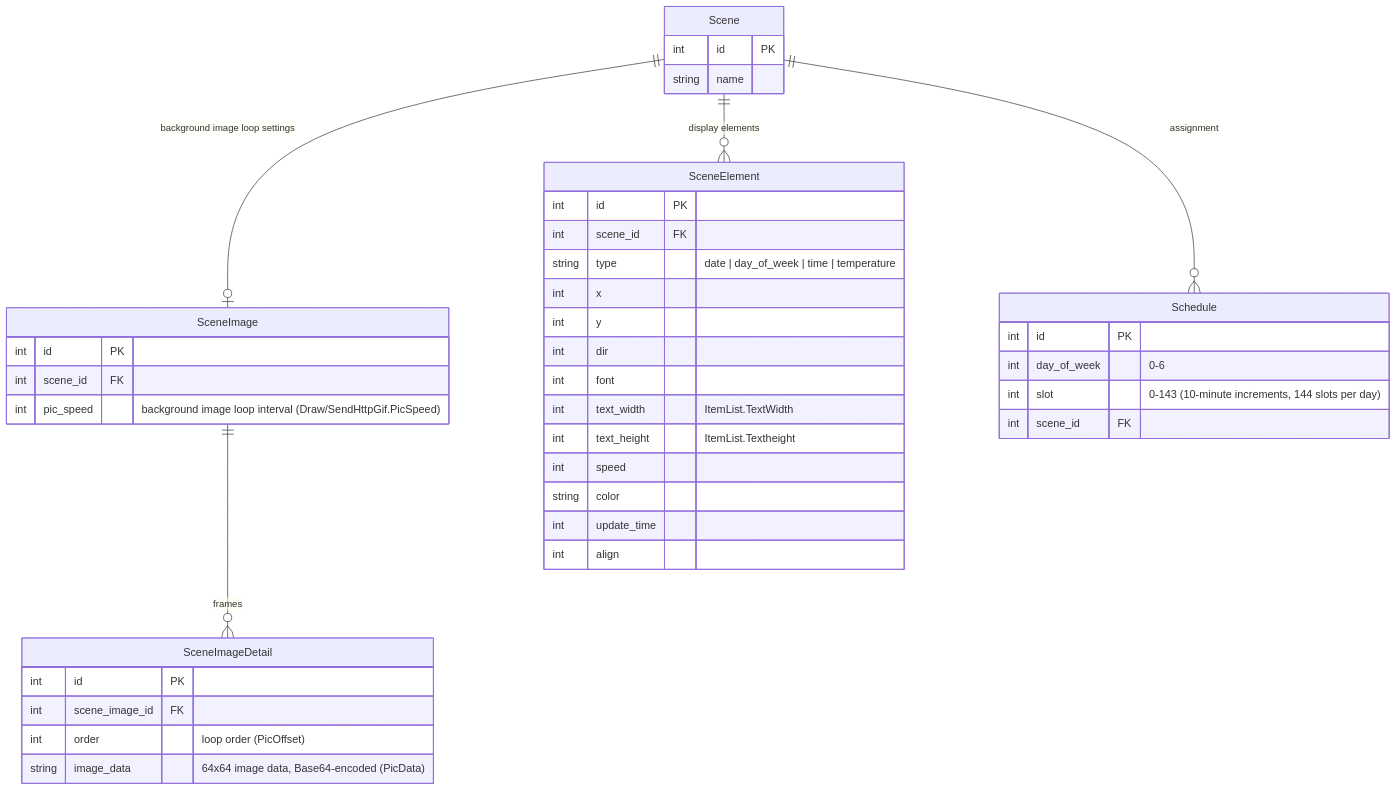
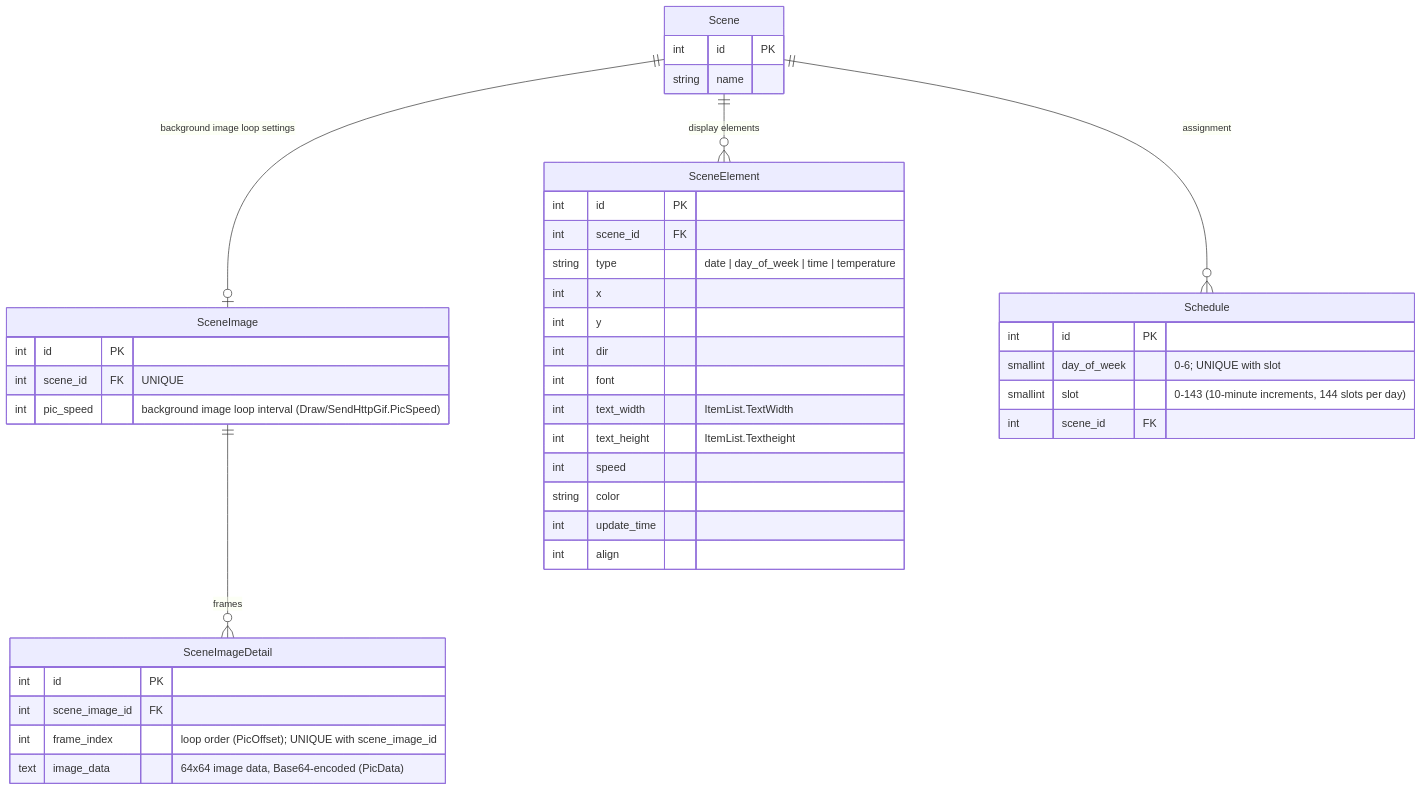
Before and after one commit to leon0128/PixooController_v2: the second of 2 diagrams in README.md, drawn with Mermaid. The commit also changed other lines of this file and 10 other files, not shown here.

Commit message:
[update] Add initial database schema and migrations

````diff
--- a/README.md
+++ b/README.md
@@ -95,48 +98,48 @@
 ```mermaid
 erDiagram
     Scene ||--o| SceneImage : "background image loop settings"
     SceneImage ||--o{ SceneImageDetail : "frames"
     Scene ||--o{ SceneElement : "display elements"
     Scene ||--o{ Schedule : "assignment"
 
     Scene {
         int id PK
         string name
     }
 
     SceneImage {
         int id PK
-        int scene_id FK
+        int scene_id FK "UNIQUE"
         int pic_speed "background image loop interval (Draw/SendHttpGif.PicSpeed)"
     }
 
     SceneImageDetail {
         int id PK
         int scene_image_id FK
-        int order "loop order (PicOffset)"
-        string image_data "64x64 image data, Base64-encoded (PicData)"
+        int frame_index "loop order (PicOffset); UNIQUE with scene_image_id"
+        text image_data "64x64 image data, Base64-encoded (PicData)"
     }
 
     SceneElement {
         int id PK
         int scene_id FK
         string type "date | day_of_week | time | temperature"
         int x
         int y
         int dir
         int font
         int text_width "ItemList.TextWidth"
         int text_height "ItemList.Textheight"
         int speed
         string color
         int update_time
         int align
     }
 
     Schedule {
         int id PK
-        int day_of_week "0-6"
-        int slot "0-143 (10-minute increments, 144 slots per day)"
+        smallint day_of_week "0-6; UNIQUE with slot"
+        smallint slot "0-143 (10-minute increments, 144 slots per day)"
         int scene_id FK
     }
 ```
````
